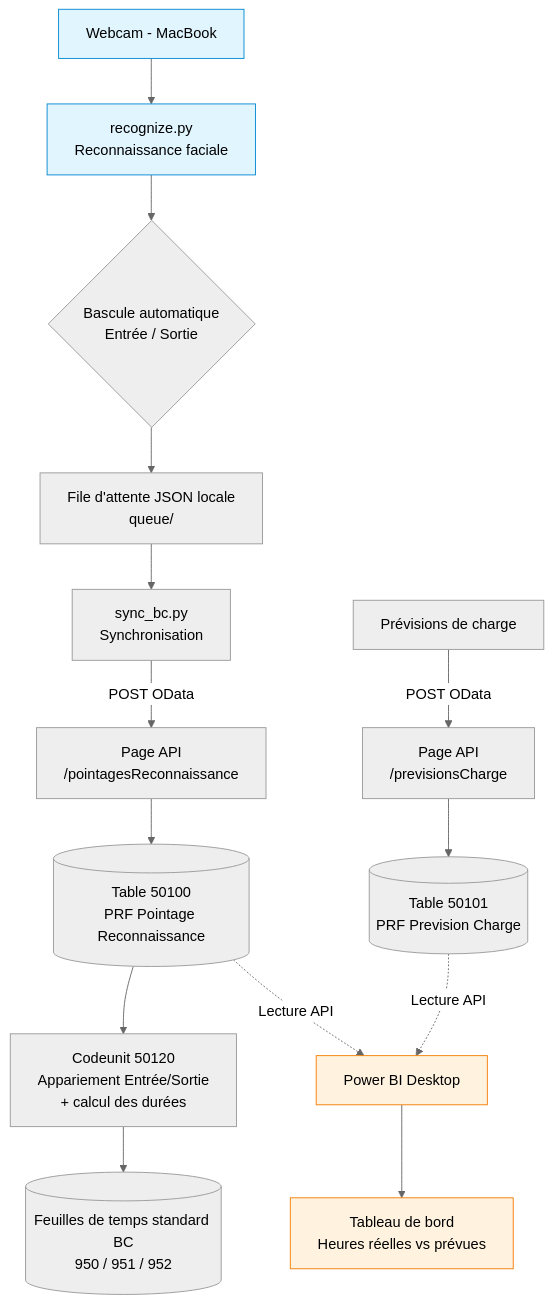
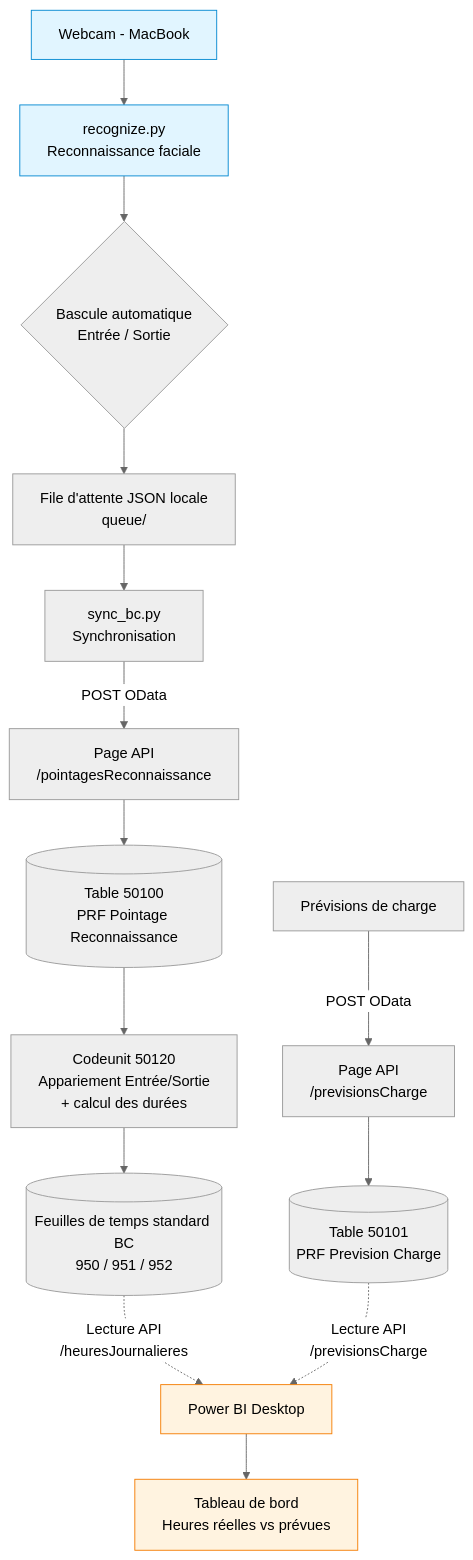
One commit to Artjaq/pointage-facial-bc changed the diagram in docs/recapitulatif-projet-pointage-facial.md. Above: the diagram before and after it, drawn with Mermaid (neutral theme). The commit also changed other lines of this file, not shown here.

````diff
--- a/docs/recapitulatif-projet-pointage-facial.md
+++ b/docs/recapitulatif-projet-pointage-facial.md
@@ -23,23 +23,23 @@
 ```mermaid
 flowchart TD
     A[Webcam - MacBook] --> B[recognize.py<br/>Reconnaissance faciale]
     B --> C{Bascule automatique<br/>Entrée / Sortie}
     C --> D[File d'attente JSON locale<br/>queue/]
     D --> E[sync_bc.py<br/>Synchronisation]
     E -->|POST OData| F[Page API<br/>/pointagesReconnaissance]
     F --> G[(Table 50100<br/>PRF Pointage Reconnaissance)]
     G --> H[Codeunit 50120<br/>Appariement Entrée/Sortie<br/>+ calcul des durées]
     H --> I[(Feuilles de temps standard BC<br/>950 / 951 / 952)]
 
     J[Prévisions de charge] -->|POST OData| K[Page API<br/>/previsionsCharge]
     K --> L[(Table 50101<br/>PRF Prevision Charge)]
 
-    G -.->|Lecture API| M[Power BI Desktop]
-    L -.->|Lecture API| M
+    I -.->|Lecture API<br/>/heuresJournalieres| M[Power BI Desktop]
+    L -.->|Lecture API<br/>/previsionsCharge| M
     M --> N[Tableau de bord<br/>Heures réelles vs prévues]
 
     style A fill:#e1f5ff,stroke:#0288d1
     style B fill:#e1f5ff,stroke:#0288d1
     style M fill:#fff3e0,stroke:#f57c00
     style N fill:#fff3e0,stroke:#f57c00
 ```
````
